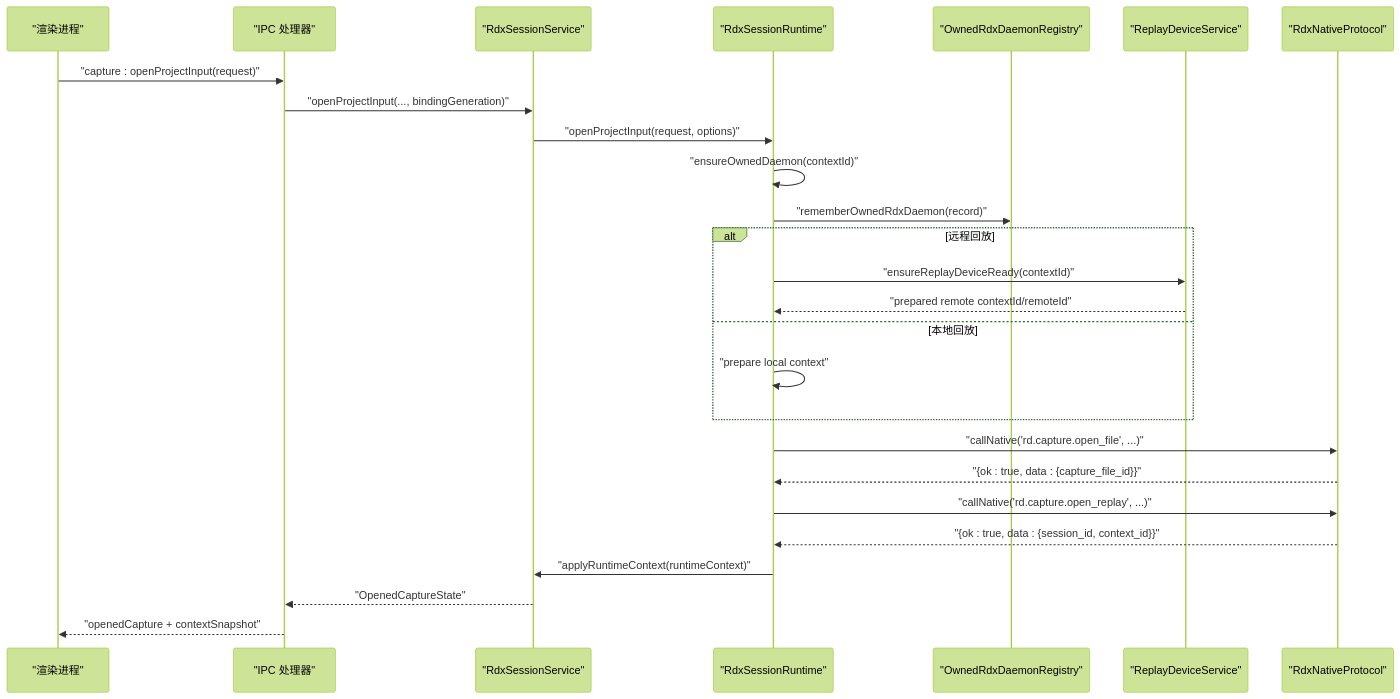
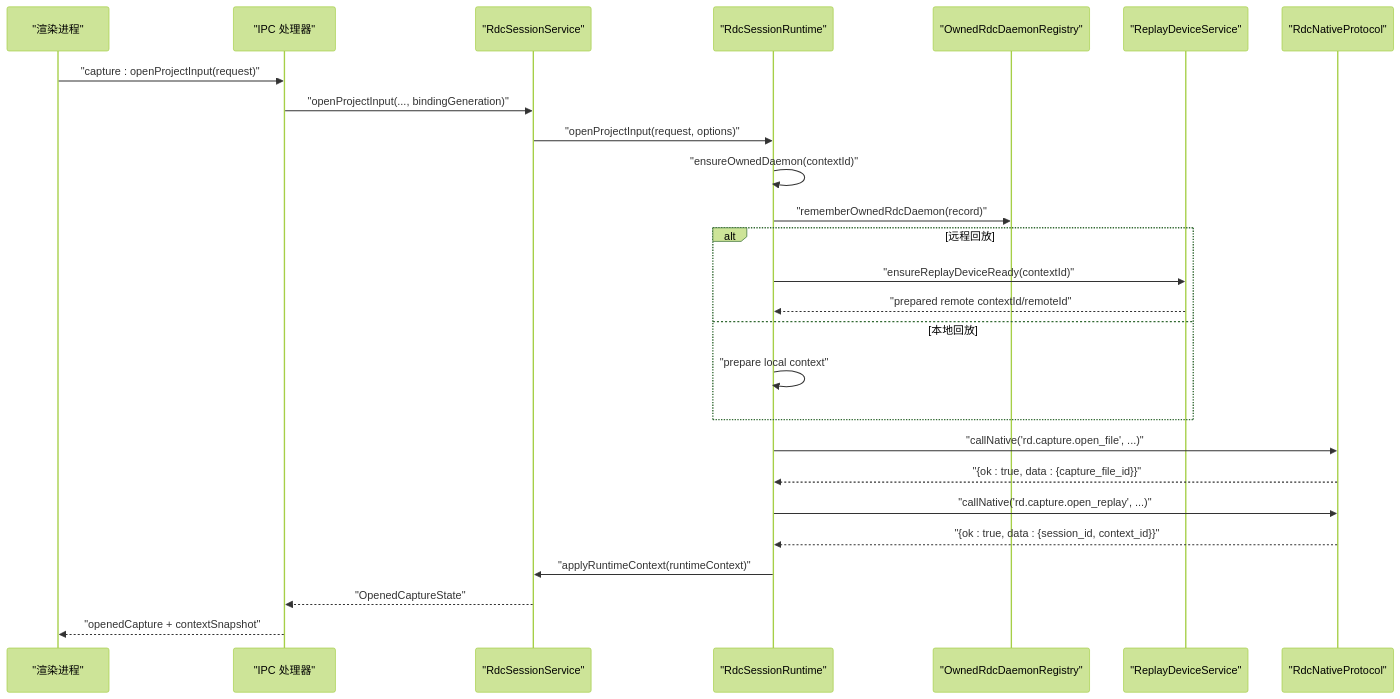
The second of 7 diagrams in .qoder/repowiki/zh/content/核心模块/会话管理系统/会话生命周期管理.md (haolange/RDC-Agent), drawn with Mermaid (forest theme) before and after one commit. The commit also changed other lines of this file and 557 other files, not shown here.

````diff
--- a/.qoder/repowiki/zh/content/核心模块/会话管理系统/会话生命周期管理.md
+++ b/.qoder/repowiki/zh/content/核心模块/会话管理系统/会话生命周期管理.md
@@ -92,28 +92,28 @@
 ```mermaid
 sequenceDiagram
 participant UI as "渲染进程"
 participant IPC as "IPC 处理器"
-participant Svc as "RdxSessionService"
-participant Runtime as "RdxSessionRuntime"
-participant DaemonReg as "OwnedRdxDaemonRegistry"
+participant Svc as "RdcSessionService"
+participant Runtime as "RdcSessionRuntime"
+participant DaemonReg as "OwnedRdcDaemonRegistry"
 participant Dev as "ReplayDeviceService"
-participant Native as "RdxNativeProtocol"
+participant Native as "RdcNativeProtocol"
 UI->>IPC : "capture : openProjectInput(request)"
 IPC->>Svc : "openProjectInput(..., bindingGeneration)"
 Svc->>Runtime : "openProjectInput(request, options)"
 Runtime->>Runtime : "ensureOwnedDaemon(contextId)"
-Runtime->>DaemonReg : "rememberOwnedRdxDaemon(record)"
+Runtime->>DaemonReg : "rememberOwnedRdcDaemon(record)"
 alt 远程回放
 Runtime->>Dev : "ensureReplayDeviceReady(contextId)"
 Dev-->>Runtime : "prepared remote contextId/remoteId"
 else 本地回放
 Runtime->>Runtime : "prepare local context"
 end
 Runtime->>Native : "callNative('rd.capture.open_file', ...)"
 Native-->>Runtime : "{ok : true, data : {capture_file_id}}"
 Runtime->>Native : "callNative('rd.capture.open_replay', ...)"
 Native-->>Runtime : "{ok : true, data : {session_id, context_id}}"
 Runtime->>Svc : "applyRuntimeContext(runtimeContext)"
 Svc-->>IPC : "OpenedCaptureState"
 IPC-->>UI : "openedCapture + contextSnapshot"
 ```
````
